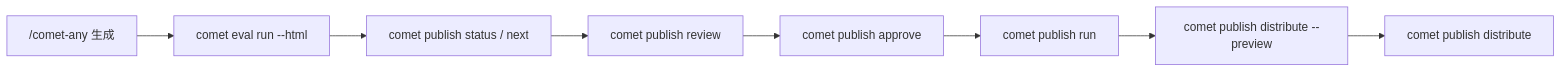
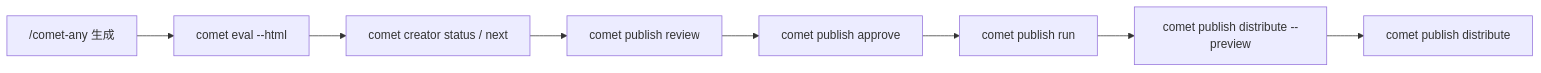
Before and after one commit to rpamis/comet-website-docs: the diagram in zh/cli/publish.mdx, drawn with Mermaid. The commit also changed other lines of this file and 23 other files, not shown here.

````diff
--- a/zh/cli/publish.mdx
+++ b/zh/cli/publish.mdx
@@ -39,10 +36,10 @@
 ```mermaid
 flowchart LR
-  A["/comet-any 生成"] --> B["comet eval run --html"]
-  B --> C["comet publish status / next"]
+  A["/comet-any 生成"] --> B["comet eval --html"]
+  B --> C["comet creator status / next"]
   C --> D["comet publish review"]
   D --> E["comet publish approve"]
   E --> F["comet publish run"]
   F --> G["comet publish distribute --preview"]
   G --> H["comet publish distribute"]
 ```
````
